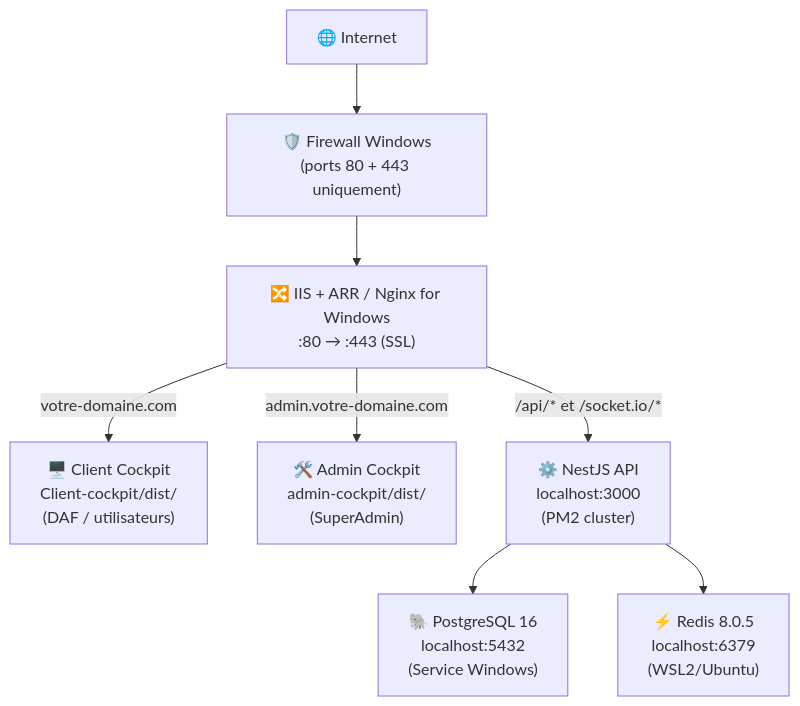
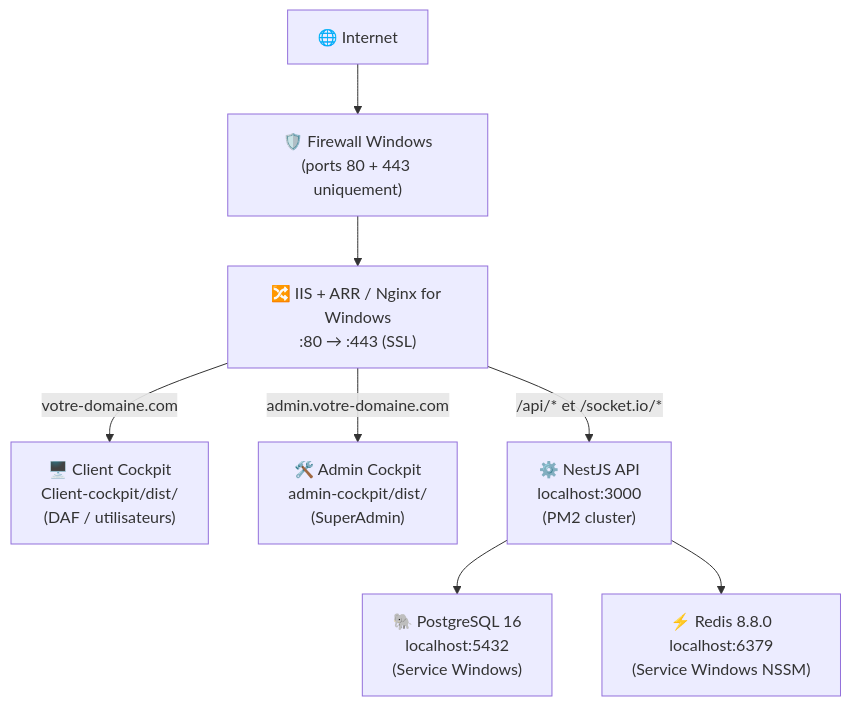
One commit to AbdoulDiouf2/Insightsage_backend changed the diagram in docs/developer/deployment-sans-docker.md. Above: the diagram before and after it, drawn with Mermaid. The commit also changed other lines of this file and 4 other files, not shown here.

````diff
--- a/docs/developer/deployment-sans-docker.md
+++ b/docs/developer/deployment-sans-docker.md
@@ -23,13 +26,13 @@
 ```mermaid
 graph TD
     Internet["🌐 Internet"] --> FW["🛡️ Firewall Windows\n(ports 80 + 443 uniquement)"]
 
     FW --> RP["🔀 IIS + ARR / Nginx for Windows\n:80 → :443 (SSL)"]
 
     RP -->|"votre-domaine.com"| SPA_CLIENT["🖥️ Client Cockpit\nClient-cockpit/dist/\n(DAF / utilisateurs)"]
     RP -->|"admin.votre-domaine.com"| SPA_ADMIN["🛠️ Admin Cockpit\nadmin-cockpit/dist/\n(SuperAdmin)"]
     RP -->|"/api/* et /socket.io/*"| API["⚙️ NestJS API\nlocalhost:3000\n(PM2 cluster)"]
 
     API --> PG["🐘 PostgreSQL 16\nlocalhost:5432\n(Service Windows)"]
-    API --> RD["⚡ Redis 8.0.5\nlocalhost:6379\n(WSL2/Ubuntu)"]
+    API --> RD["⚡ Redis 8.8.0\nlocalhost:6379\n(Service Windows NSSM)"]
 ```
````
